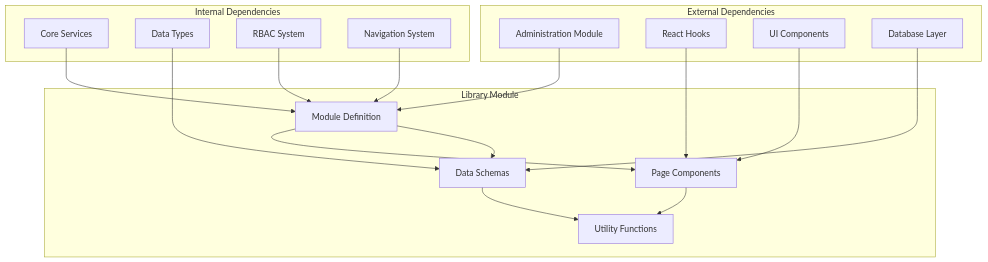
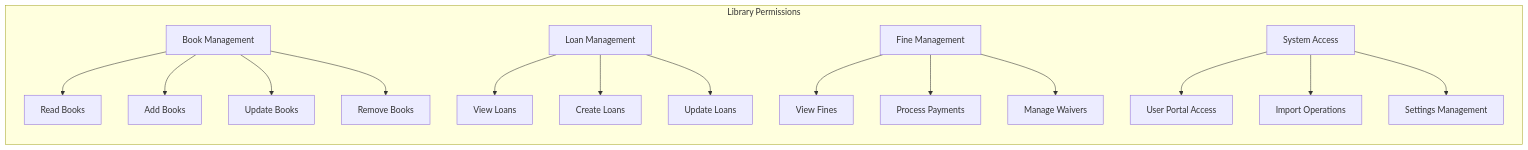
Before and after one commit to geniusdynamics/schoolpilot: the eighth of 8 diagrams in .qoder/repowiki/en/content/Modules System/Library Module.md, drawn with Mermaid. The commit also changed other lines of this file and 16 other files, not shown here.

````diff
--- a/.qoder/repowiki/en/content/Modules System/Library Module.md
+++ b/.qoder/repowiki/en/content/Modules System/Library Module.md
@@ -331,33 +463,18 @@
 ```mermaid
-graph TB
-subgraph "External Dependencies"
-A[Administration Module]
-B[React Hooks]
-C[UI Components]
-D[Database Layer]
+graph LR
+subgraph "Library Permissions"
+A[Book Management] --> B[Read Books]
+A --> C[Add Books]
+A --> D[Update Books]
+A --> E[Remove Books]
+F[Loan Management] --> G[View Loans]
+F --> H[Create Loans]
+F --> I[Update Loans]
+J[Fine Management] --> K[View Fines]
+J --> L[Process Payments]
+J --> M[Manage Waivers]
+N[System Access] --> O[User Portal Access]
+N --> P[Import Operations]
+N --> Q[Settings Management]
 end
-subgraph "Internal Dependencies"
-E[Core Services]
-F[Data Types]
-G[RBAC System]
-H[Navigation System]
-end
-subgraph "Library Module"
-I[Module Definition]
-J[Data Schemas]
-K[Page Components]
-L[Utility Functions]
-end
-A --> I
-B --> K
-C --> K
-D --> J
-E --> I
-F --> J
-G --> I
-H --> I
-I --> J
-I --> K
-J --> L
-K --> L
 ```
````
